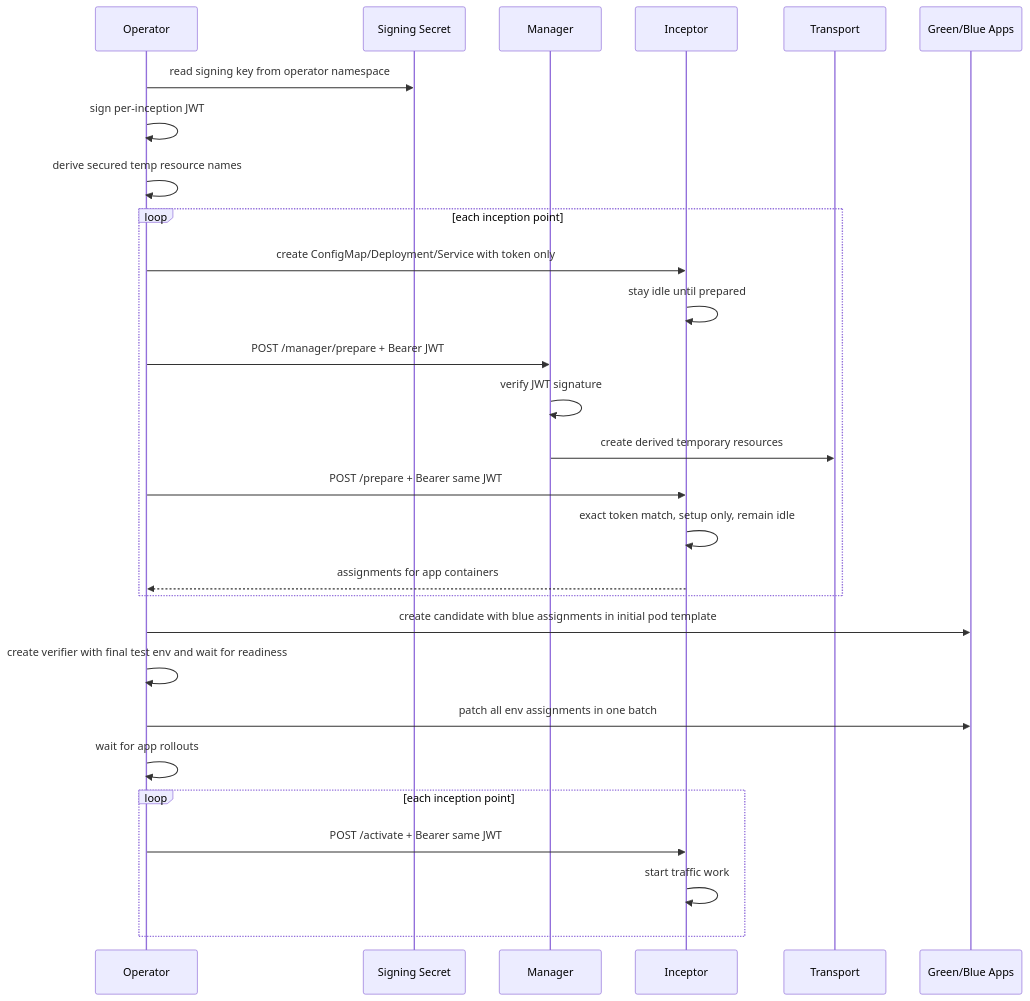
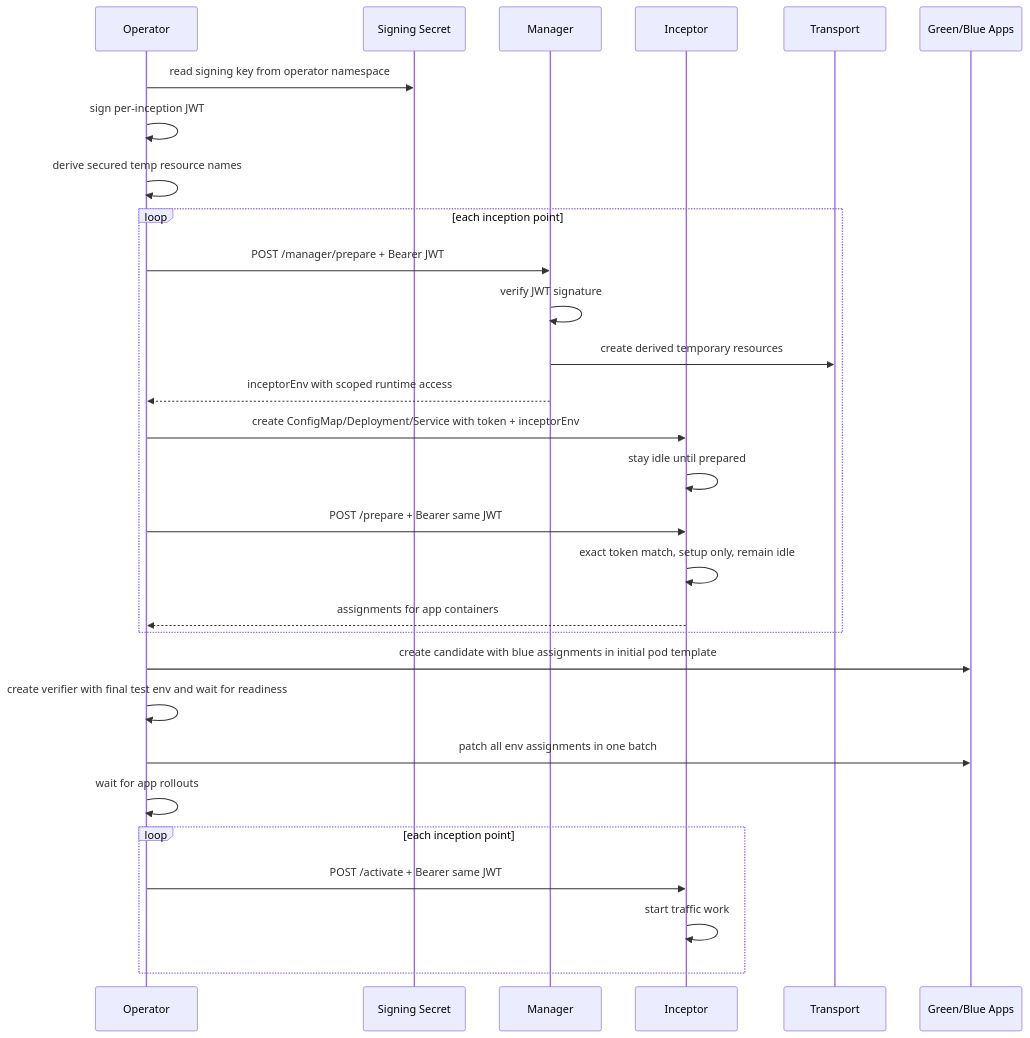
Before and after one commit to dlahmad/fluidbgoperator: the third of 6 diagrams in docs/reference/plugin-architecture.md, drawn with Mermaid. The commit also changed other lines of this file and 47 other files, not shown here.

Commit message:
Harden manager-provided inceptor access

````diff
--- a/docs/reference/plugin-architecture.md
+++ b/docs/reference/plugin-architecture.md
@@ -115,31 +121,32 @@
 ```mermaid
 sequenceDiagram
     participant O as Operator
     participant K as Signing Secret
     participant M as Manager
     participant I as Inceptor
     participant T as Transport
     participant A as Green/Blue Apps
 
     O->>K: read signing key from operator namespace
     O->>O: sign per-inception JWT
     O->>O: derive secured temp resource names
     loop each inception point
-        O->>I: create ConfigMap/Deployment/Service with token only
-        I->>I: stay idle until prepared
         O->>M: POST /manager/prepare + Bearer JWT
         M->>M: verify JWT signature
         M->>T: create derived temporary resources
+        M-->>O: inceptorEnv with scoped runtime access
+        O->>I: create ConfigMap/Deployment/Service with token + inceptorEnv
+        I->>I: stay idle until prepared
         O->>I: POST /prepare + Bearer same JWT
         I->>I: exact token match, setup only, remain idle
         I-->>O: assignments for app containers
     end
     O->>A: create candidate with blue assignments in initial pod template
     O->>O: create verifier with final test env and wait for readiness
     O->>A: patch all env assignments in one batch
     O->>O: wait for app rollouts
     loop each inception point
         O->>I: POST /activate + Bearer same JWT
         I->>I: start traffic work
     end
 ```
````
